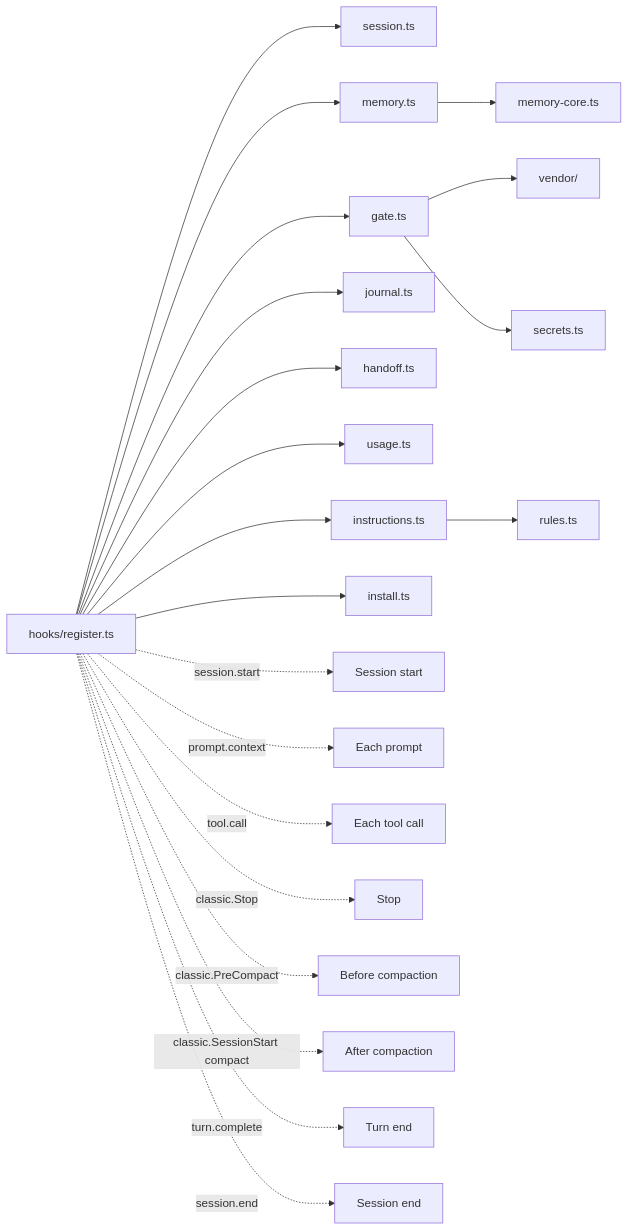
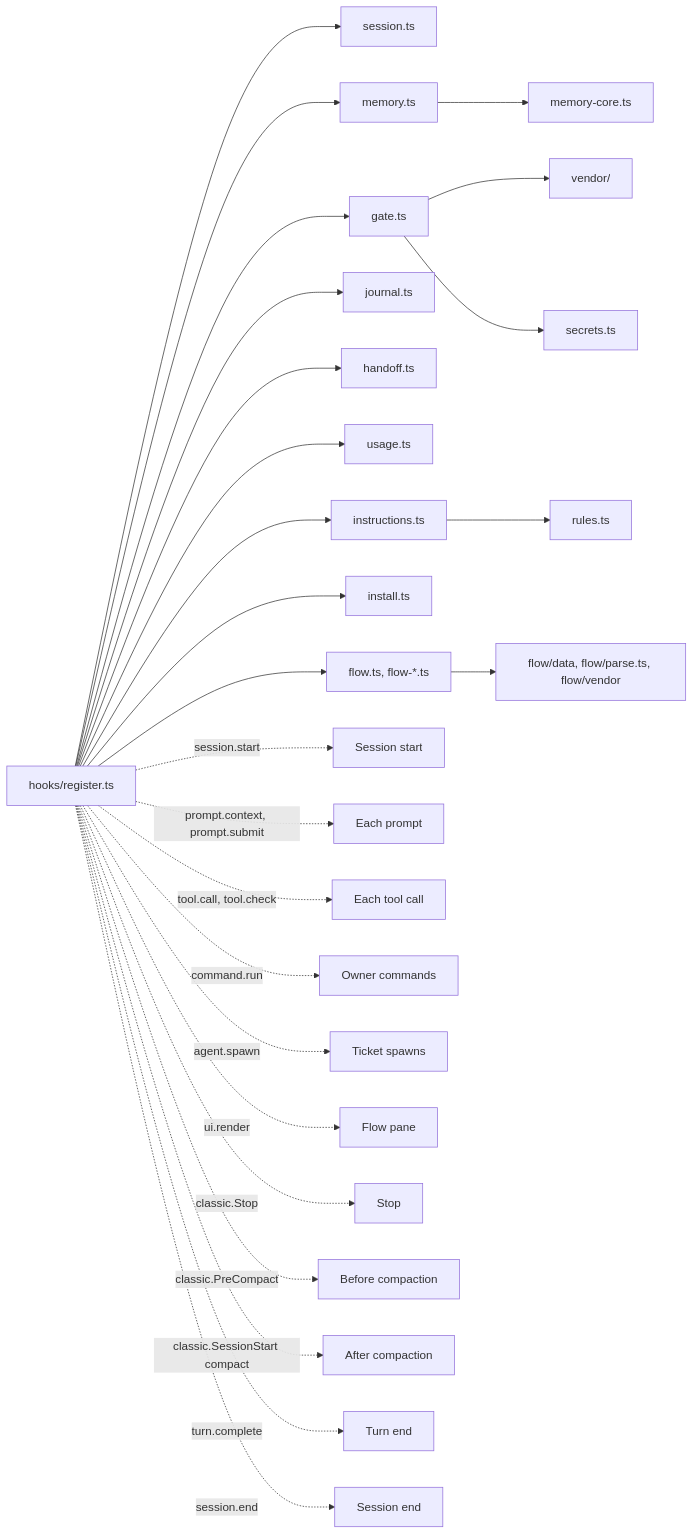
One commit to phantanphatdgteam-gif/snagon-dev-mods changed the diagram in docs/files.md. Above: the diagram before and after it, drawn with Mermaid. The commit also changed other lines of this file and 10 other files, not shown here.

````diff
--- a/docs/files.md
+++ b/docs/files.md
@@ -125,24 +198,29 @@
 ```mermaid
 flowchart LR
   R["hooks/register.ts"]
   R --> S["session.ts"]
   R --> M["memory.ts"]
   M --> MC["memory-core.ts"]
   R --> G["gate.ts"]
   G --> V["vendor/"]
   G --> X["secrets.ts"]
   R --> J["journal.ts"]
   R --> H["handoff.ts"]
   R --> U["usage.ts"]
   R --> I["instructions.ts"]
   I --> RU["rules.ts"]
   R --> N["install.ts"]
+  R --> F["flow.ts, flow-*.ts"]
+  F --> FD["flow/data, flow/parse.ts, flow/vendor"]
   R -.->|session.start| E1["Session start"]
-  R -.->|prompt.context| E2["Each prompt"]
-  R -.->|tool.call| E3["Each tool call"]
+  R -.->|prompt.context, prompt.submit| E2["Each prompt"]
+  R -.->|tool.call, tool.check| E3["Each tool call"]
+  R -.->|command.run| E9["Owner commands"]
+  R -.->|agent.spawn| E10["Ticket spawns"]
+  R -.->|ui.render| E11["Flow pane"]
   R -.->|classic.Stop| E4["Stop"]
   R -.->|classic.PreCompact| E5["Before compaction"]
   R -.->|classic.SessionStart compact| E6["After compaction"]
   R -.->|turn.complete| E7["Turn end"]
   R -.->|session.end| E8["Session end"]
 ```
````
